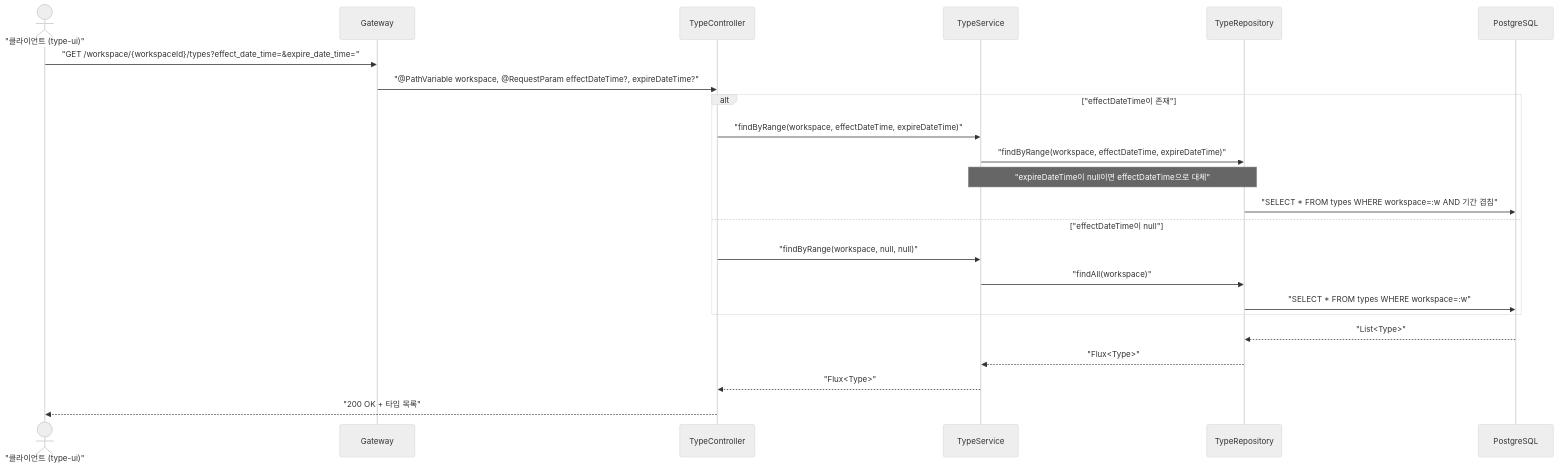
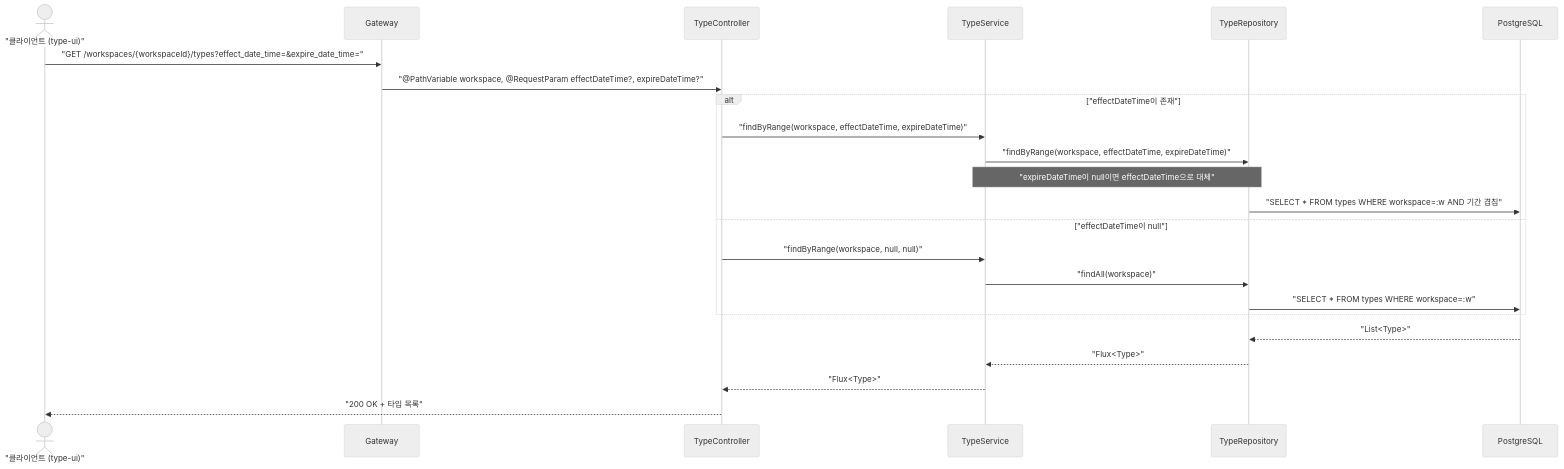
Before and after one commit to sayaya1090/handbook: the first of 3 diagrams in type-query/USECASE.md, drawn with Mermaid (neutral theme). The commit also changed other lines of this file and 58 other files, not shown here.

````diff
--- a/type-query/USECASE.md
+++ b/type-query/USECASE.md
@@ -5,26 +5,26 @@
 ```mermaid
 sequenceDiagram
     actor Client as "클라이언트 (type-ui)"
     participant GW as Gateway
     participant Ctrl as TypeController
     participant Svc as TypeService
     participant Repo as TypeRepository
     participant DB as PostgreSQL
 
-    Client->>GW: "GET /workspace/{workspaceId}/types?effect_date_time=&expire_date_time="
+    Client->>GW: "GET /workspaces/{workspaceId}/types?effect_date_time=&expire_date_time="
     GW->>Ctrl: "@PathVariable workspace, @RequestParam effectDateTime?, expireDateTime?"
     alt "effectDateTime이 존재"
         Ctrl->>Svc: "findByRange(workspace, effectDateTime, expireDateTime)"
         Svc->>Repo: "findByRange(workspace, effectDateTime, expireDateTime)"
         Note over Svc,Repo: "expireDateTime이 null이면 effectDateTime으로 대체"
         Repo->>DB: "SELECT * FROM types WHERE workspace=:w AND 기간 겹침"
     else "effectDateTime이 null"
         Ctrl->>Svc: "findByRange(workspace, null, null)"
         Svc->>Repo: "findAll(workspace)"
         Repo->>DB: "SELECT * FROM types WHERE workspace=:w"
     end
     DB-->>Repo: "List<Type>"
     Repo-->>Svc: "Flux<Type>"
     Svc-->>Ctrl: "Flux<Type>"
     Ctrl-->>Client: "200 OK + 타입 목록"
 ```
````
